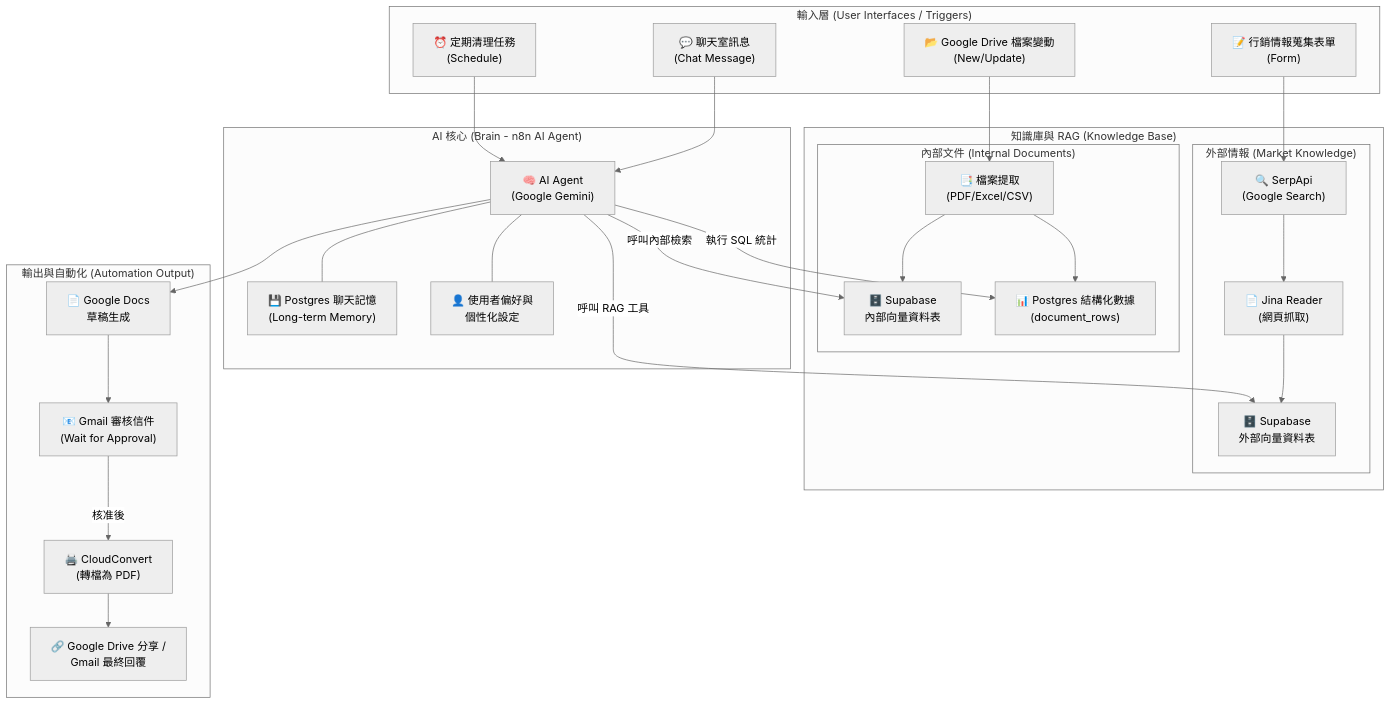
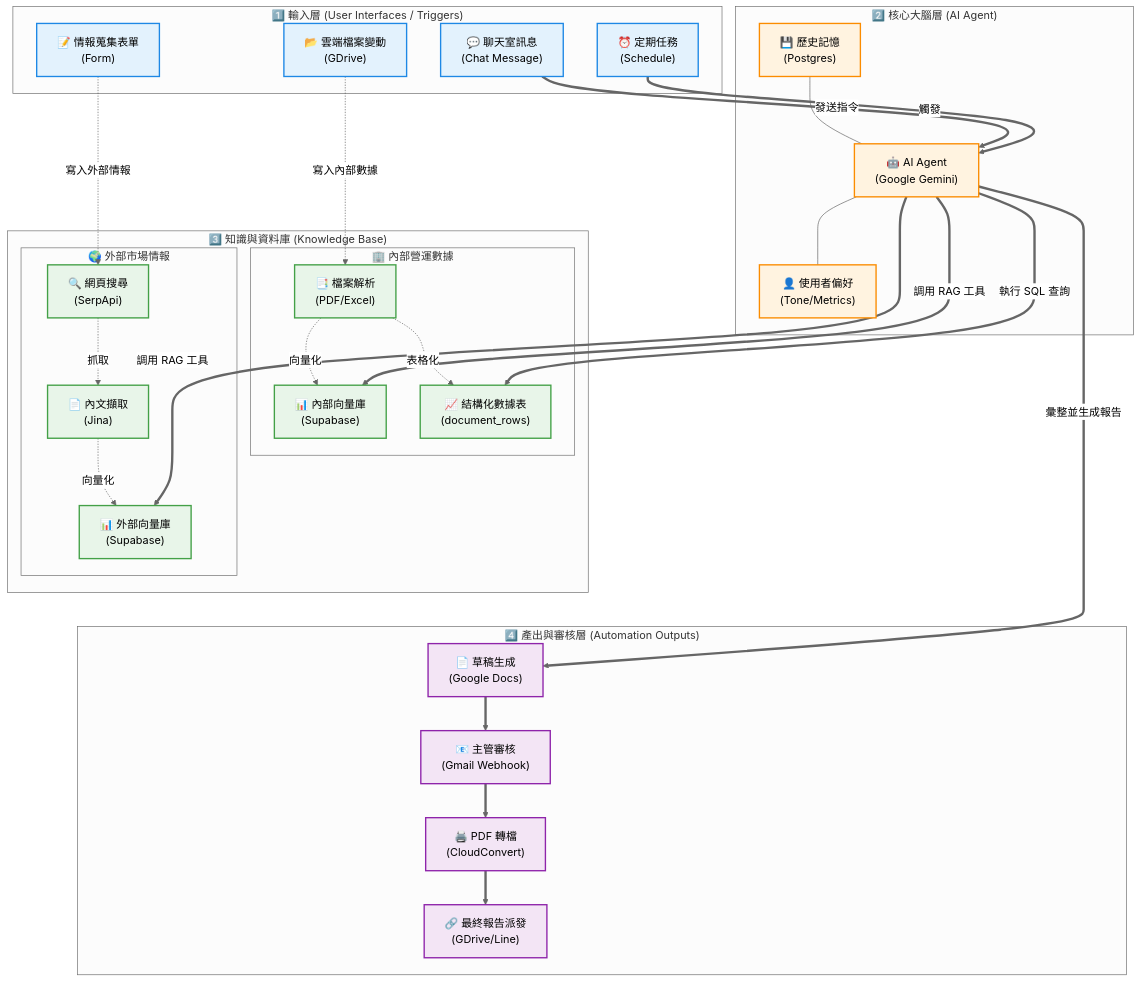
The diagram in 系統架構圖.md (zombie942018/groupwork), drawn with Mermaid (neutral theme) before and after one commit.

````diff
--- a/系統架構圖.md
+++ b/系統架構圖.md
@@ -1,55 +1,67 @@
 ```mermaid
 graph TD
-    subgraph "輸入層 (User Interfaces / Triggers)"
-        ChatTrigger["💬 聊天室訊息<br>(Chat Message)"]
-        GDriveTrigger["📂 Google Drive 檔案變動<br>(New/Update)"]
-        FormTrigger["📝 行銷情報蒐集表單<br>(Form)"]
-        ScheduleTrigger["⏰ 定期清理任務<br>(Schedule)"]
+    %% 定義層級專屬顏色 (提升書面報告的視覺專業度)
+    classDef L1 fill:#e3f2fd,stroke:#1e88e5,stroke-width:2px,color:#000;
+    classDef L2 fill:#fff3e0,stroke:#fb8c00,stroke-width:2px,color:#000;
+    classDef L3 fill:#e8f5e9,stroke:#43a047,stroke-width:2px,color:#000;
+    classDef L4 fill:#f3e5f5,stroke:#8e24aa,stroke-width:2px,color:#000;
+
+    subgraph "1️⃣ 輸入層 (User Interfaces / Triggers)"
+        ChatTrigger["💬 聊天室訊息<br>(Chat Message)"]:::L1
+        FormTrigger["📝 情報蒐集表單<br>(Form)"]:::L1
+        GDriveTrigger["📂 雲端檔案變動<br>(GDrive)"]:::L1
+        ScheduleTrigger["⏰ 定期任務<br>(Schedule)"]:::L1
     end
 
-    subgraph "AI 核心 (Brain - n8n AI Agent)"
-        Agent["🧠 AI Agent<br>(Google Gemini)"]
-        Memory["💾 Postgres 聊天記憶<br>(Long-term Memory)"]
-        UserPref["👤 使用者偏好與<br>個性化設定"]
-        Agent --- Memory
-        Agent --- UserPref
+    subgraph "2️⃣ 核心大腦層 (AI Agent)"
+        Agent["🤖 AI Agent<br>(Google Gemini)"]:::L2
+        Memory["💾 歷史記憶<br>(Postgres)"]:::L2
+        UserPref["👤 使用者偏好<br>(Tone/Metrics)"]:::L2
+        
+        Memory --- Agent --- UserPref
     end
 
-    subgraph "知識庫與 RAG (Knowledge Base)"
-        subgraph "外部情報 (Market Knowledge)"
-            SerpApi["🔍 SerpApi<br>(Google Search)"]
-            JinaReader["📄 Jina Reader<br>(網頁抓取)"]
-            ExtVector["🗄️ Supabase<br>外部向量資料表"]
+    subgraph "3️⃣ 知識與資料庫 (Knowledge Base)"
+        subgraph Ext ["🌍 外部市場情報"]
+            SerpApi["🔍 網頁搜尋<br>(SerpApi)"]:::L3
+            JinaReader["📄 內文擷取<br>(Jina)"]:::L3
+            ExtVector["📊 外部向量庫<br>(Supabase)"]:::L3
+            SerpApi -.->|抓取| JinaReader -.->|向量化| ExtVector
         end
-
-        subgraph "內部文件 (Internal Documents)"
-            ExtFromFile["📑 檔案提取<br>(PDF/Excel/CSV)"]
-            IntVector["🗄️ Supabase<br>內部向量資料表"]
-            SQLData["📊 Postgres 結構化數據<br>(document_rows)"]
+        
+        subgraph Int ["🏢 內部營運數據"]
+            ExtFromFile["📑 檔案解析<br>(PDF/Excel)"]:::L3
+            IntVector["📊 內部向量庫<br>(Supabase)"]:::L3
+            SQLData["📈 結構化數據表<br>(document_rows)"]:::L3
+            ExtFromFile -.->|向量化| IntVector
+            ExtFromFile -.->|表格化| SQLData
         end
     end
 
-    subgraph "輸出與自動化 (Automation Output)"
-        GDoc["📄 Google Docs<br>草稿生成"]
-        Approval["📧 Gmail 審核信件<br>(Wait for Approval)"]
-        PDFConv["🖨️ CloudConvert<br>(轉檔為 PDF)"]
-        FinalShare["🔗 Google Drive 分享 /<br>Gmail 最終回覆"]
+    subgraph "4️⃣ 產出與審核層 (Automation Outputs)"
+        GDoc["📄 草稿生成<br>(Google Docs)"]:::L4
+        Approval["📧 主管審核<br>(Gmail Webhook)"]:::L4
+        PDFConv["🖨️ PDF 轉檔<br>(CloudConvert)"]:::L4
+        FinalShare["🔗 最終報告派發<br>(GDrive/Line)"]:::L4
+        
+        GDoc ==> Approval ==> PDFConv ==> FinalShare
     end
 
-    %% 連接關係
-    ChatTrigger --> Agent
-    GDriveTrigger --> ExtFromFile
-    FormTrigger --> SerpApi
+    %% 🚨 魔法排版指令：隱藏定位線 (強制由上往下堆疊)
+    ChatTrigger ~~~ Agent
+    Agent ~~~ SerpApi
+    ExtVector ~~~ GDoc
+    SQLData ~~~ GDoc
+
+    %% 跨層級實際資料流向
+    ChatTrigger ==>|發送指令| Agent
+    ScheduleTrigger ==>|觸發| Agent
+    FormTrigger -.->|寫入外部情報| SerpApi
+    GDriveTrigger -.->|寫入內部數據| ExtFromFile
     
-    SerpApi --> JinaReader --> ExtVector
-    ExtFromFile --> IntVector
-    ExtFromFile --> SQLData
+    Agent ==>|調用 RAG 工具| ExtVector
+    Agent ==>|調用 RAG 工具| IntVector
+    Agent ==>|執行 SQL 查詢| SQLData
     
-    Agent -- "呼叫 RAG 工具" --> ExtVector
-    Agent -- "呼叫內部檢索" --> IntVector
-    Agent -- "執行 SQL 統計" --> SQLData
-    
-    Agent --> GDoc --> Approval
-    Approval -- "核准後" --> PDFConv --> FinalShare
-    ScheduleTrigger --> Agent
+    Agent ==>|彙整並生成報告| GDoc
 ```
````
